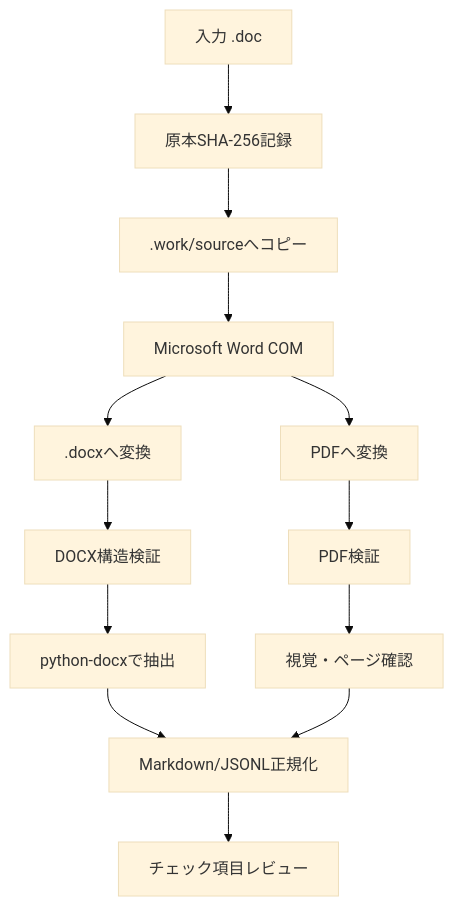
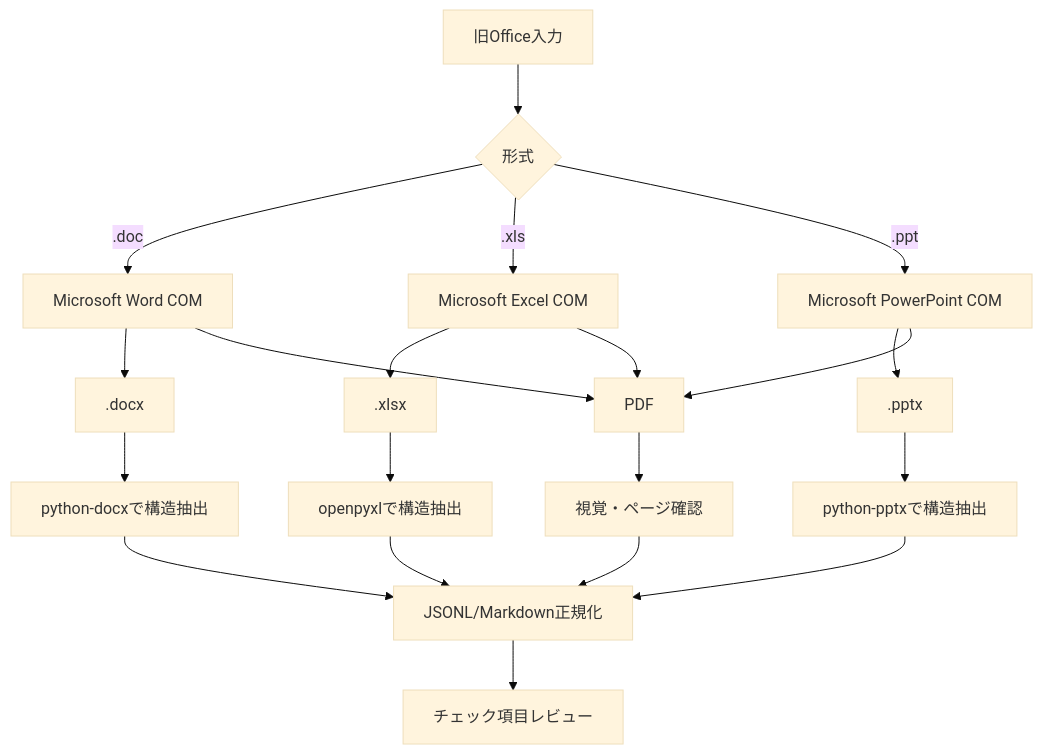
Before and after one commit to nyk98dk7nq-oss/CodexSkills-review: the diagram in README.md, drawn with Mermaid (base theme). The commit also changed other lines of this file, not shown here.

````diff
--- a/README.md
+++ b/README.md
@@ -71,15 +75,22 @@
 ```mermaid
 flowchart TD
-    A[入力 .doc] --> B[原本SHA-256記録]
-    B --> C[.work/sourceへコピー]
-    C --> D[Microsoft Word COM]
-    D --> E[.docxへ変換]
-    D --> F[PDFへ変換]
-    E --> G[DOCX構造検証]
-    F --> H[PDF検証]
-    G --> I[python-docxで抽出]
-    H --> J[視覚・ページ確認]
-    I --> K[Markdown/JSONL正規化]
-    J --> K
-    K --> L[チェック項目レビュー]
+    A[旧Office入力] --> B{形式}
+    B -->|.doc| C[Microsoft Word COM]
+    B -->|.xls| D[Microsoft Excel COM]
+    B -->|.ppt| E[Microsoft PowerPoint COM]
+    C --> F[.docx]
+    D --> G[.xlsx]
+    E --> H[.pptx]
+    C --> I[PDF]
+    D --> I
+    E --> I
+    F --> J[python-docxで構造抽出]
+    G --> K[openpyxlで構造抽出]
+    H --> L[python-pptxで構造抽出]
+    I --> M[視覚・ページ確認]
+    J --> N[JSONL/Markdown正規化]
+    K --> N
+    L --> N
+    M --> N
+    N --> O[チェック項目レビュー]
 ```
````
